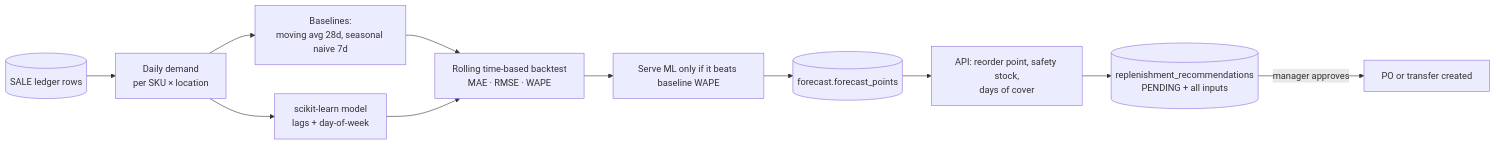
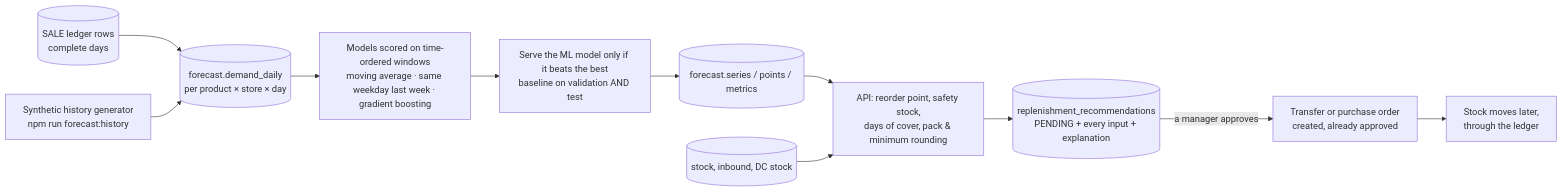
The sixth of 6 diagrams in docs/ARCHITECTURE.md (Hirockpaul/RetailPulse), drawn with Mermaid before and after one commit. The commit also changed other lines of this file and 76 other files, not shown here.

First line of the commit message:
feat: Day 6 — demand forecasting, explainable replenishment, purchase orders

````diff
--- a/docs/ARCHITECTURE.md
+++ b/docs/ARCHITECTURE.md
@@ -383,12 +400,13 @@
 ```mermaid
 flowchart LR
-  ledger[(SALE ledger rows)] --> agg[Daily demand<br/>per SKU × location]
-  agg --> base[Baselines:<br/>moving avg 28d, seasonal naive 7d]
-  agg --> ml[scikit-learn model<br/>lags + day-of-week]
-  base & ml --> bt[Rolling time-based backtest<br/>MAE · RMSE · WAPE]
-  bt --> pick[Serve ML only if it beats baseline WAPE]
-  pick --> fp[(forecast.forecast_points)]
-  fp --> rp[API: reorder point, safety stock,<br/>days of cover]
-  rp --> rec[(replenishment_recommendations<br/>PENDING + all inputs)]
-  rec -->|manager approves| act[PO or transfer created]
+  ledger[(SALE ledger rows<br/>complete days)] --> dd[(forecast.demand_daily<br/>per product × store × day)]
+  syn[Synthetic history generator<br/>npm run forecast:history] --> dd
+  dd --> models[Models scored on time-ordered windows<br/>moving average · same weekday last week · gradient boosting]
+  models --> pick[Serve the ML model only if it beats the best<br/>baseline on validation AND test]
+  pick --> fp[(forecast.series / points / metrics)]
+  fp --> calc[API: reorder point, safety stock,<br/>days of cover, pack & minimum rounding]
+  stock[(stock, inbound, DC stock)] --> calc
+  calc --> rec[(replenishment_recommendations<br/>PENDING + every input + explanation)]
+  rec -->|a manager approves| doc[Transfer or purchase order<br/>created, already approved]
+  doc --> led[Stock moves later,<br/>through the ledger]
 ```
````
